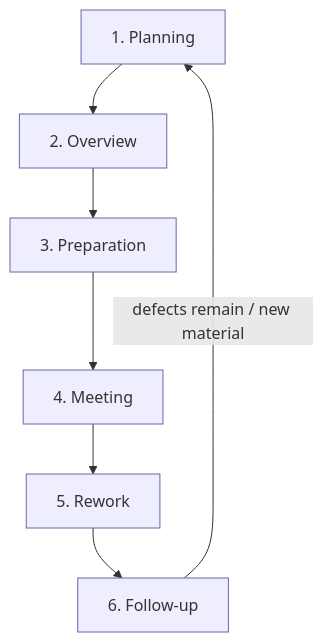
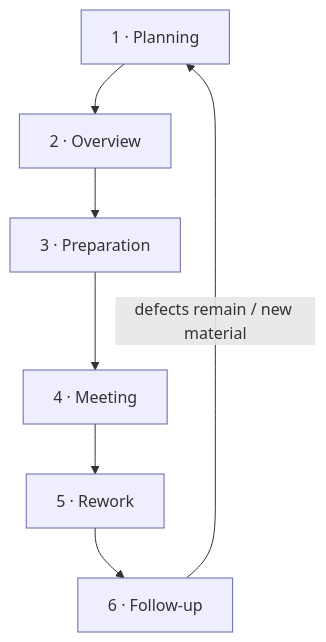
The second of 2 diagrams in chapters/08-static-checking/README.md (vrthra/open-swe-book), drawn with Mermaid before and after one commit. The commit also changed 13 other files, not shown here.

````diff
--- a/chapters/08-static-checking/README.md
+++ b/chapters/08-static-checking/README.md
@@ -140,11 +140,11 @@
 ```mermaid
 flowchart TD
-    P[1. Planning] --> O[2. Overview]
-    O --> Pr[3. Preparation]
-    Pr --> M[4. Meeting]
-    M --> Rw[5. Rework]
-    Rw --> F[6. Follow-up]
+    P["1 · Planning"] --> O["2 · Overview"]
+    O --> Pr["3 · Preparation"]
+    Pr --> M["4 · Meeting"]
+    M --> Rw["5 · Rework"]
+    Rw --> F["6 · Follow-up"]
     F -->|defects remain / new material| P
     classDef ph fill:#eef,stroke:#66a;
     class P,O,Pr,M,Rw,F ph;
 ```
````
